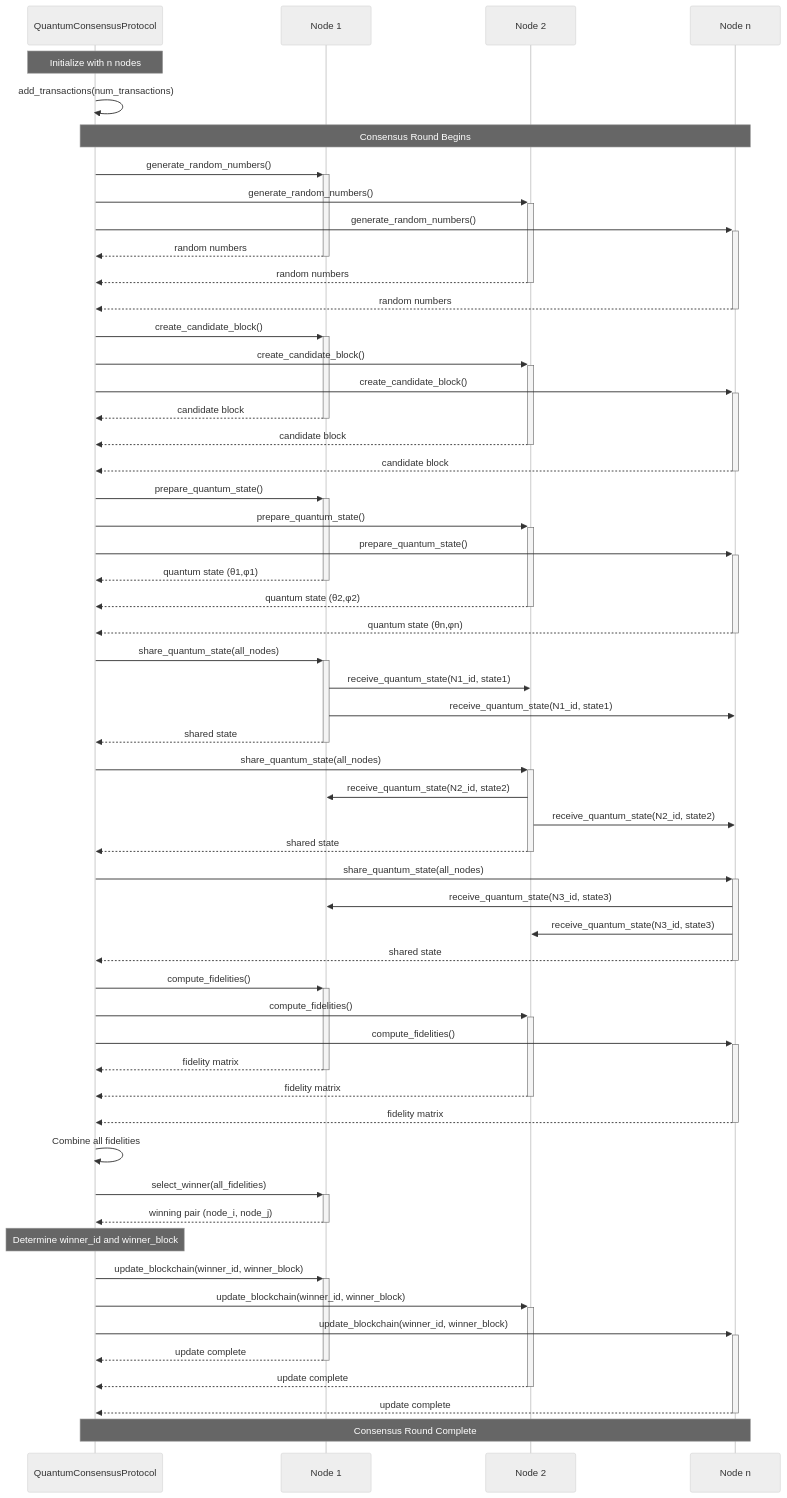
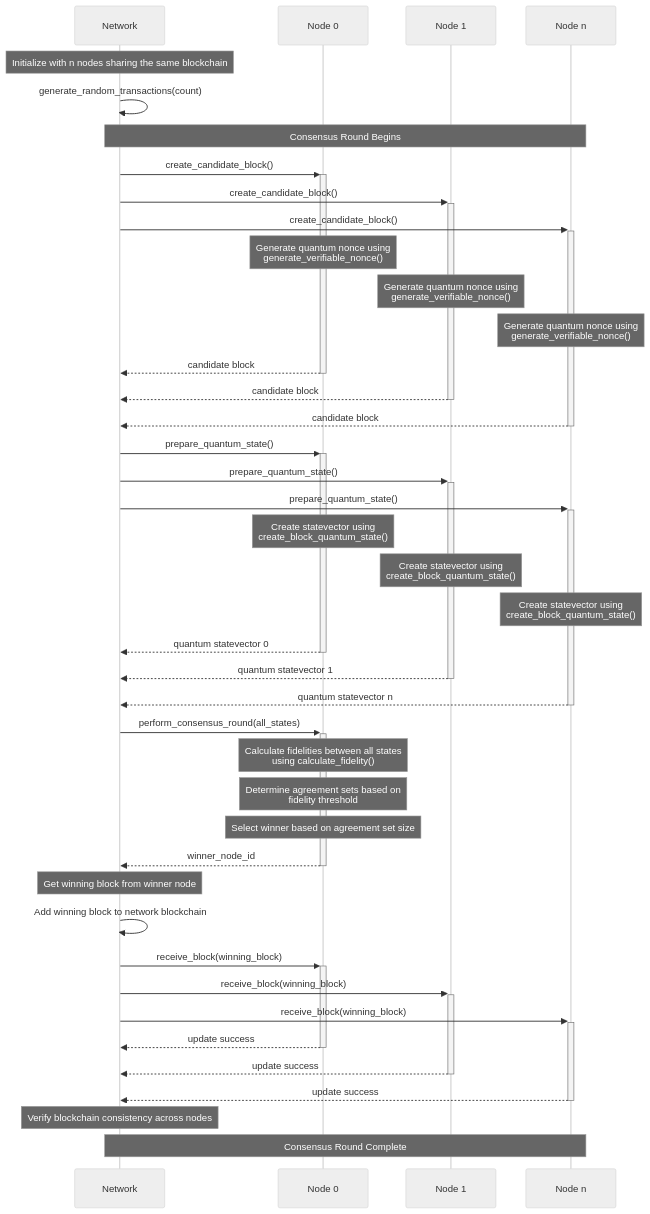
The diagram in UML/protocol.mmd (aaronmcleancs/FidelityChain), drawn with Mermaid (neutral theme) before and after one commit. The commit also changed 9 other files, not shown here.

```diff
--- a/UML/protocol.mmd
+++ b/UML/protocol.mmd
@@ -1,75 +1,63 @@
 sequenceDiagram
-    participant P as QuantumConsensusProtocol
-    participant N1 as Node 1
-    participant N2 as Node 2
-    participant N3 as Node n
+    participant Network as Network
+    participant Node0 as Node 0
+    participant Node1 as Node 1
+    participant Noden as Node n
     
-    Note over P: Initialize with n nodes
+    Note over Network: Initialize with n nodes sharing the same blockchain
     
-    P->>P: add_transactions(num_transactions)
+    Network->>Network: generate_random_transactions(count)
     
-    Note over P,N3: Consensus Round Begins
+    Note over Network,Noden: Consensus Round Begins
     
-    P->>+N1: generate_random_numbers()
-    P->>+N2: generate_random_numbers()
-    P->>+N3: generate_random_numbers()
+    %% Block Creation Phase
+    Network->>+Node0: create_candidate_block()
+    Network->>+Node1: create_candidate_block()
+    Network->>+Noden: create_candidate_block()
     
-    N1-->>-P: random numbers
-    N2-->>-P: random numbers
-    N3-->>-P: random numbers
+    Note over Node0: Generate quantum nonce using<br/>generate_verifiable_nonce()
+    Note over Node1: Generate quantum nonce using<br/>generate_verifiable_nonce()
+    Note over Noden: Generate quantum nonce using<br/>generate_verifiable_nonce()
     
-    P->>+N1: create_candidate_block()
-    P->>+N2: create_candidate_block()
-    P->>+N3: create_candidate_block()
+    Node0-->>-Network: candidate block
+    Node1-->>-Network: candidate block
+    Noden-->>-Network: candidate block
     
-    N1-->>-P: candidate block
-    N2-->>-P: candidate block
-    N3-->>-P: candidate block
+    %% Quantum State Preparation Phase
+    Network->>+Node0: prepare_quantum_state()
+    Network->>+Node1: prepare_quantum_state()
+    Network->>+Noden: prepare_quantum_state()
     
-    P->>+N1: prepare_quantum_state()
-    P->>+N2: prepare_quantum_state()
-    P->>+N3: prepare_quantum_state()
+    Note over Node0: Create statevector using<br/>create_block_quantum_state()
+    Note over Node1: Create statevector using<br/>create_block_quantum_state()
+    Note over Noden: Create statevector using<br/>create_block_quantum_state()
     
-    N1-->>-P: quantum state (θ1,φ1)
-    N2-->>-P: quantum state (θ2,φ2)
-    N3-->>-P: quantum state (θn,φn)
+    Node0-->>-Network: quantum statevector 0
+    Node1-->>-Network: quantum statevector 1
+    Noden-->>-Network: quantum statevector n
     
-    P->>+N1: share_quantum_state(all_nodes)
-    N1->>N2: receive_quantum_state(N1_id, state1)
-    N1->>N3: receive_quantum_state(N1_id, state1)
-    N1-->>-P: shared state
+    %% Consensus Phase
+    Network->>+Node0: perform_consensus_round(all_states)
     
-    P->>+N2: share_quantum_state(all_nodes)
-    N2->>N1: receive_quantum_state(N2_id, state2)
-    N2->>N3: receive_quantum_state(N2_id, state2)
-    N2-->>-P: shared state
+    Note over Node0: Calculate fidelities between all states<br/>using calculate_fidelity()
+    Note over Node0: Determine agreement sets based on<br/>fidelity threshold
+    Note over Node0: Select winner based on agreement set size
     
-    P->>+N3: share_quantum_state(all_nodes)
-    N3->>N1: receive_quantum_state(N3_id, state3)
-    N3->>N2: receive_quantum_state(N3_id, state3)
-    N3-->>-P: shared state
+    Node0-->>-Network: winner_node_id
     
-    P->>+N1: compute_fidelities()
-    P->>+N2: compute_fidelities()
-    P->>+N3: compute_fidelities()
+    %% Block Distribution Phase
+    Note over Network: Get winning block from winner node
     
-    N1-->>-P: fidelity matrix
-    N2-->>-P: fidelity matrix
-    N3-->>-P: fidelity matrix
+    Network->>Network: Add winning block to network blockchain
     
-    P->>P: Combine all fidelities
+    Network->>+Node0: receive_block(winning_block)
+    Network->>+Node1: receive_block(winning_block)
+    Network->>+Noden: receive_block(winning_block)
     
-    P->>+N1: select_winner(all_fidelities)
-    N1-->>-P: winning pair (node_i, node_j)
+    Node0-->>-Network: update success
+    Node1-->>-Network: update success
+    Noden-->>-Network: update success
     
-    Note over P: Determine winner_id and winner_block
+    Note over Network: Verify blockchain consistency across nodes
     
-    P->>+N1: update_blockchain(winner_id, winner_block)
-    P->>+N2: update_blockchain(winner_id, winner_block)
-    P->>+N3: update_blockchain(winner_id, winner_block)
-    
-    N1-->>-P: update complete
-    N2-->>-P: update complete
-    N3-->>-P: update complete
-    
-    Note over P,N3: Consensus Round Complete
+    Note over Network,Noden: Consensus Round Complete
```
